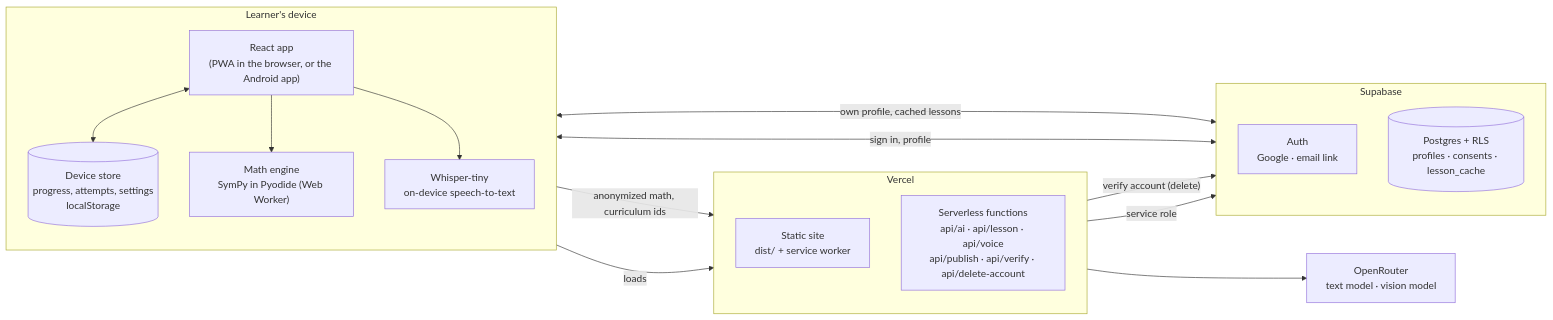
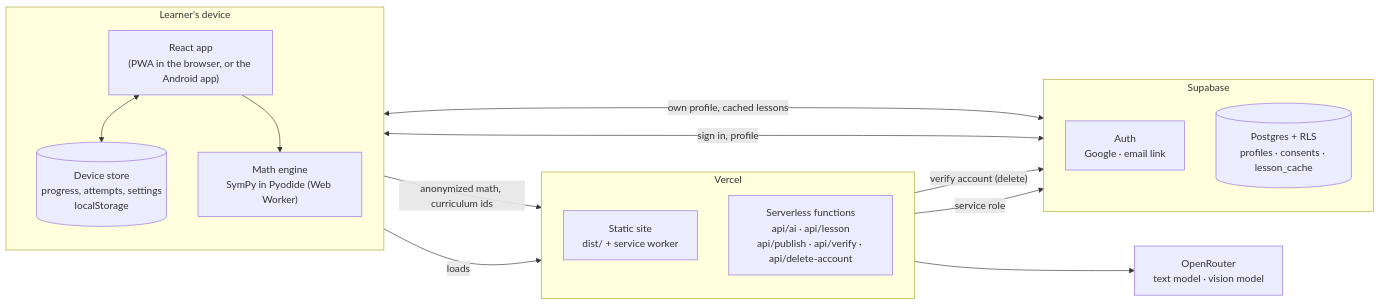
Before and after one commit to Manflora27/HackathonBsit: the first of 5 diagrams in docs/ARCHITECTURE.md, drawn with Mermaid. The commit also changed other lines of this file and 30 other files, not shown here.

````diff
--- a/docs/ARCHITECTURE.md
+++ b/docs/ARCHITECTURE.md
@@ -11,35 +11,33 @@
 ```mermaid
 flowchart LR
   subgraph Device["Learner's device"]
     direction TB
     UI["React app<br/>(PWA in the browser, or the Android app)"]
     Store[("Device store<br/>progress, attempts, settings<br/>localStorage")]
     Engine["Math engine<br/>SymPy in Pyodide (Web Worker)"]
-    Whisper["Whisper-tiny<br/>on-device speech-to-text"]
     UI <--> Store
     UI --> Engine
-    UI --> Whisper
   end
 
   subgraph Vercel["Vercel"]
     direction TB
     Static["Static site<br/>dist/ + service worker"]
-    API["Serverless functions<br/>api/ai · api/lesson · api/voice<br/>api/publish · api/verify · api/delete-account"]
+    API["Serverless functions<br/>api/ai · api/lesson<br/>api/publish · api/verify · api/delete-account"]
   end
 
   subgraph Supabase["Supabase"]
     direction TB
     Auth["Auth<br/>Google · email link"]
     DB[("Postgres + RLS<br/>profiles · consents · lesson_cache")]
   end
 
   OR["OpenRouter<br/>text model · vision model"]
 
   UI -- loads --> Static
   UI -- "anonymized math, curriculum ids" --> API
   API --> OR
   API -- "service role" --> DB
   API -- "verify account (delete)" --> Auth
   UI <-- "sign in, profile" --> Auth
   UI <-- "own profile, cached lessons" --> DB
 ```
````
